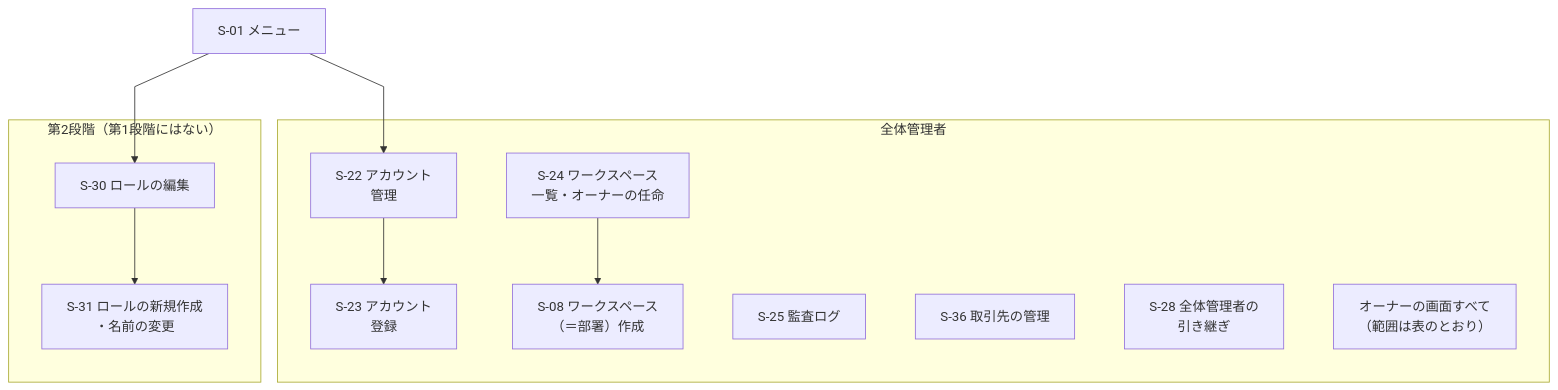
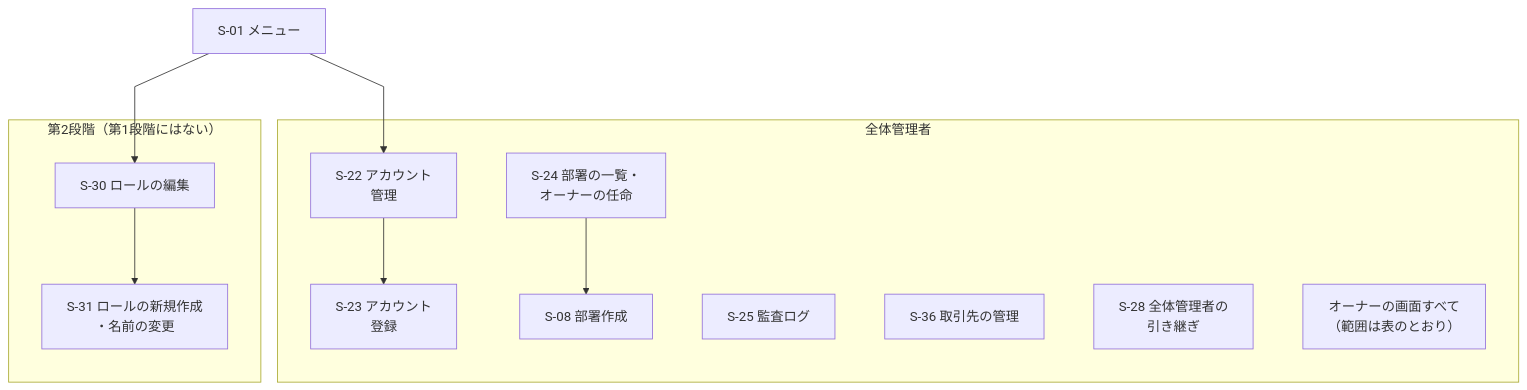
One commit to yamamotonaoki3/internal-system changed the ninth of 13 diagrams in docs/requirements/screens.md. Above: the diagram before and after it, drawn with Mermaid. The commit also changed other lines of this file and 18 other files, not shown here.

````diff
--- a/docs/requirements/screens.md
+++ b/docs/requirements/screens.md
@@ -304,24 +305,24 @@
 ```mermaid
 %%{init: {"flowchart": {"nodeSpacing": 60, "rankSpacing": 80, "curve": "linear", "htmlLabels": true}}}%%
 flowchart TD
     Menu["S-01 メニュー"] --> S22
     Menu --> S30
 
     subgraph TOP["全体管理者"]
         S22["S-22 アカウント<br/>管理"]
         S23["S-23 アカウント<br/>登録"]
-        S24["S-24 ワークスペース<br/>一覧・オーナーの任命"]
+        S24["S-24 部署の一覧・<br/>オーナーの任命"]
         S22 --> S23
-        S24 --> S08["S-08 ワークスペース<br/>（＝部署）作成"]
+        S24 --> S08["S-08 部署作成"]
         S25["S-25 監査ログ"]
         S36["S-36 取引先の管理"]
         S28["S-28 全体管理者の<br/>引き継ぎ"]
         A0["オーナーの画面すべて<br/>（範囲は表のとおり）"]
     end
 
     subgraph PH2["第2段階（第1段階にはない）"]
         S30["S-30 ロールの編集"]
         S31["S-31 ロールの新規作成<br/>・名前の変更"]
         S30 --> S31
     end
 ```
````
